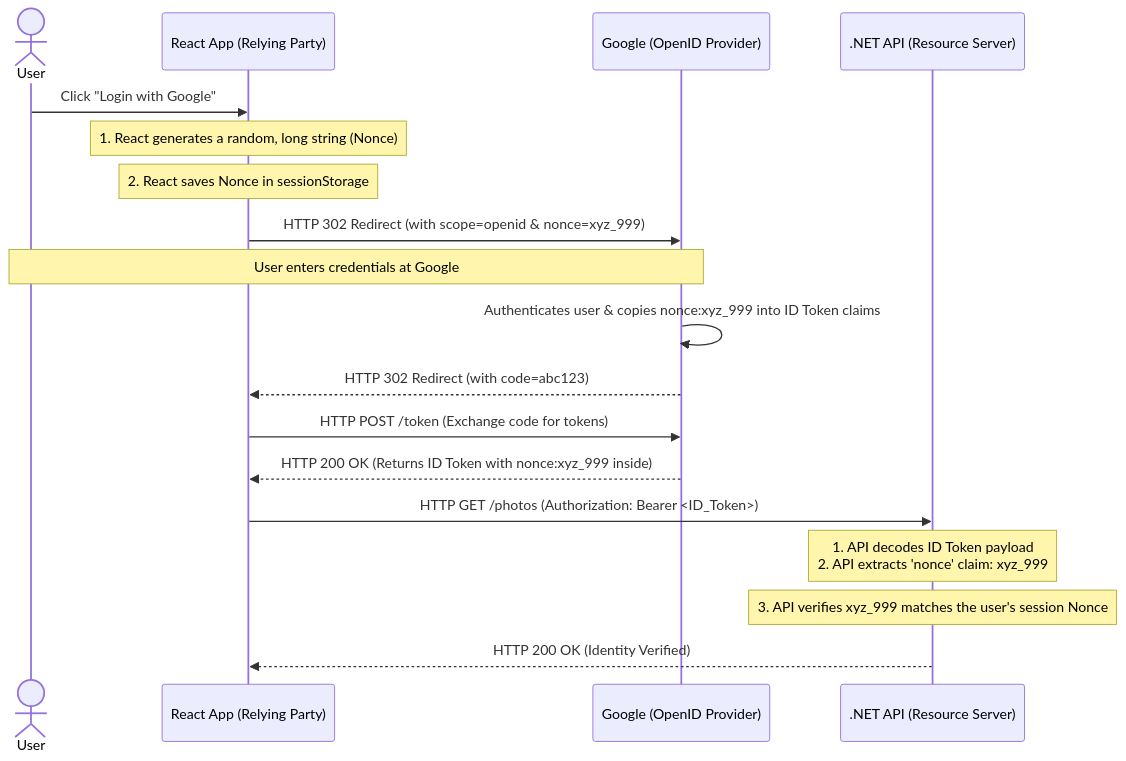
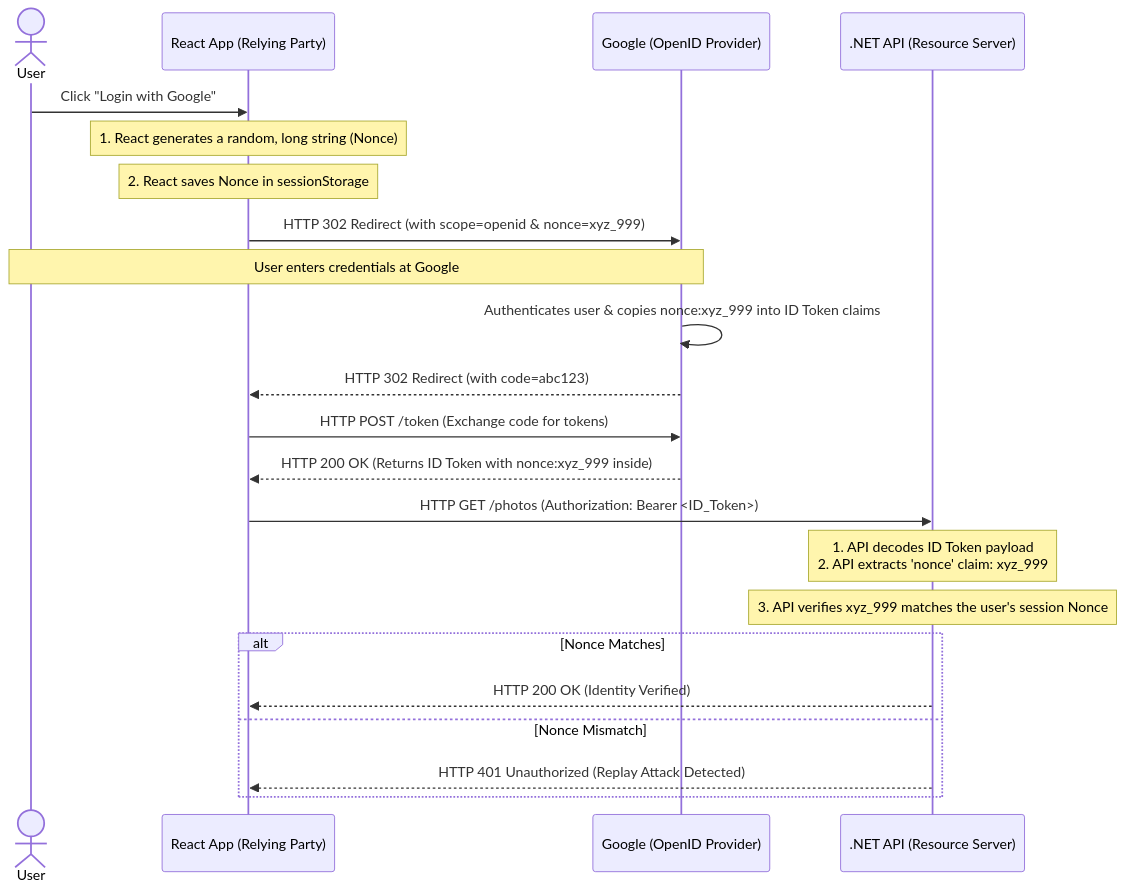
Before and after one commit to nirajp82/IdentityAccessManagement_IAM: the third of 4 diagrams in 02_AuthN_Federation/06_OIDC_Intro.md, drawn with Mermaid. The commit also changed other lines of this file, not shown here.

````diff
--- a/02_AuthN_Federation/06_OIDC_Intro.md
+++ b/02_AuthN_Federation/06_OIDC_Intro.md
@@ -302,29 +305,33 @@
 ```mermaid
 sequenceDiagram
     actor User
     participant React as React App (Relying Party)
     participant Google as Google (OpenID Provider)
     participant API as .NET API (Resource Server)
 
     User->>React: Click "Login with Google"
     Note over React: 1. React generates a random, long string (Nonce)
     Note over React: 2. React saves Nonce in sessionStorage
     
     React->>Google: HTTP 302 Redirect (with scope=openid & nonce=xyz_999)
     
     Note over User,Google: User enters credentials at Google
     Google->>Google: Authenticates user & copies nonce:xyz_999 into ID Token claims
     
     Google-->>React: HTTP 302 Redirect (with code=abc123)
     
     React->>Google: HTTP POST /token (Exchange code for tokens)
     Google-->>React: HTTP 200 OK (Returns ID Token with nonce:xyz_999 inside)
     
     React->>API: HTTP GET /photos (Authorization: Bearer <ID_Token>)
     
     Note over API: 1. API decodes ID Token payload<br/>2. API extracts 'nonce' claim: xyz_999
     Note over API: 3. API verifies xyz_999 matches the user's session Nonce
     
-    API-->>React: HTTP 200 OK (Identity Verified)
+    alt Nonce Matches
+        API-->>React: HTTP 200 OK (Identity Verified)
+    else Nonce Mismatch
+        API-->>React: HTTP 401 Unauthorized (Replay Attack Detected)
+    end
 
 ```
````
